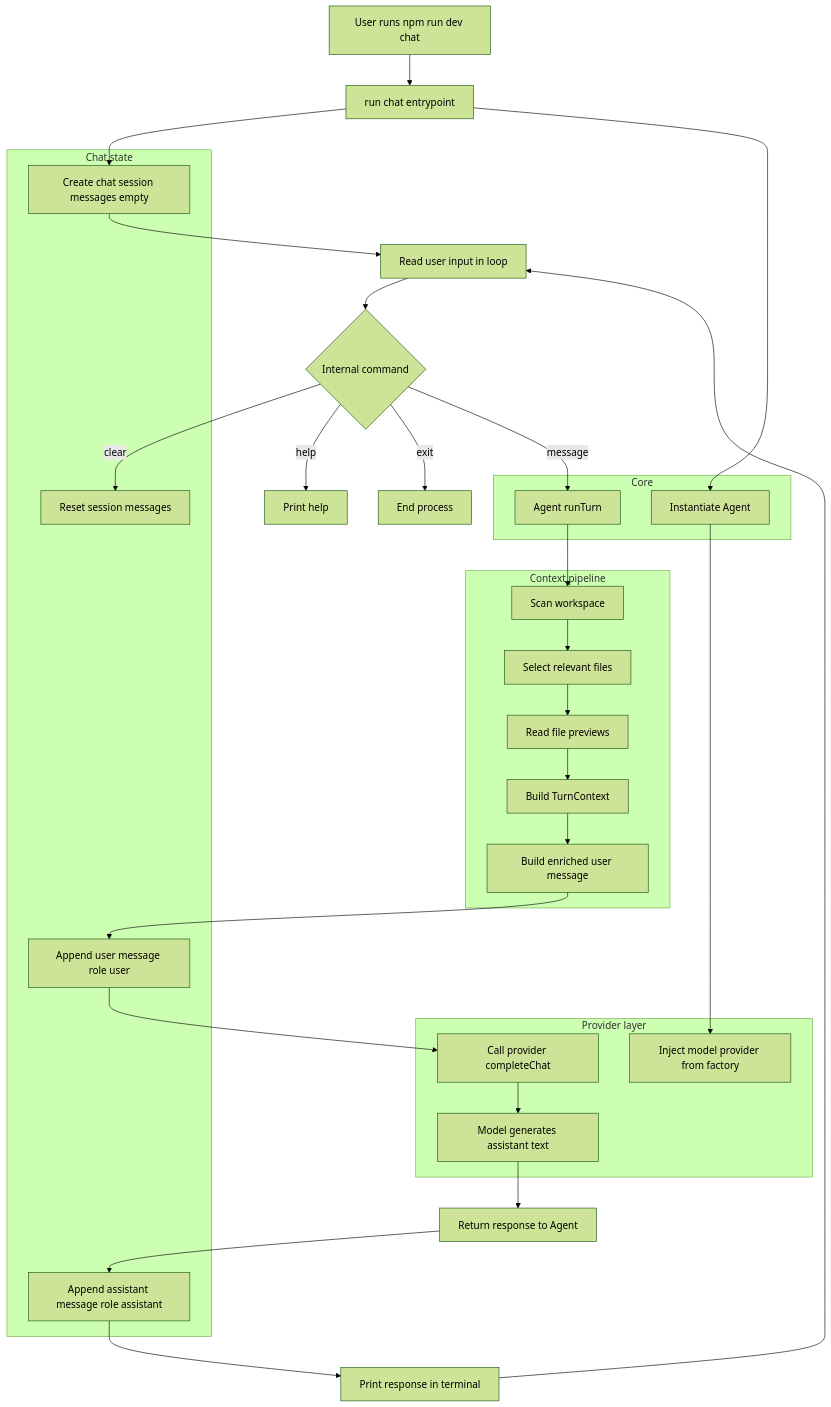
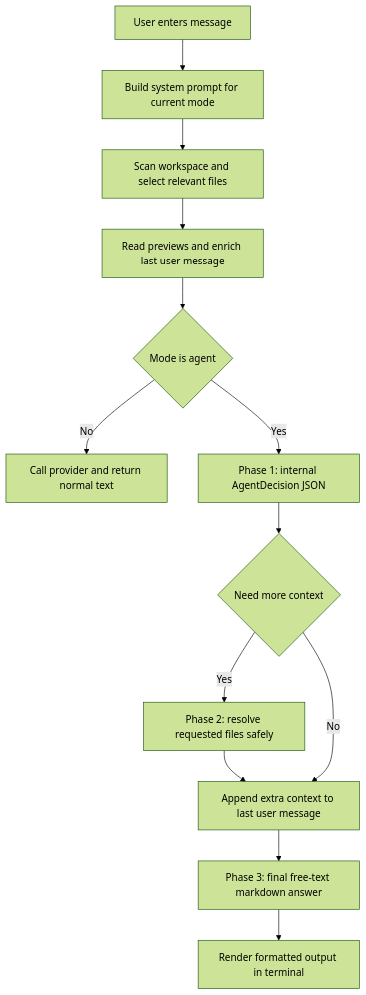
One commit to lucasaguilar/rei changed the diagram in README.md. Above: the diagram before and after it, drawn with Mermaid (forest theme). The commit also changed other lines of this file, not shown here.

````diff
--- a/README.md
+++ b/README.md
@@ -243,53 +342,15 @@
 ```mermaid
 flowchart TD
-  A[User runs npm run dev chat] --> B[run chat entrypoint]
-  B --> C[Create chat session messages empty]
-    B --> D[Instantiate Agent]
-  D --> E[Inject model provider from factory]
-
-    C --> F[Read user input in loop]
-  F --> G{Internal command}
-  G -->|help| H[Print help]
-  G -->|clear| I[Reset session messages]
-  G -->|exit| J[End process]
-  G -->|message| K[Agent runTurn]
-
-  K --> SC[Scan workspace]
-  SC --> FS[Select relevant files]
-  FS --> FP[Read file previews]
-  FP --> CB[Build TurnContext]
-  CB --> EM[Build enriched user message]
-  EM --> L[Append user message role user]
-  L --> M[Call provider completeChat]
-    M --> N[Model generates assistant text]
-    N --> O[Return response to Agent]
-  O --> P[Append assistant message role assistant]
-    P --> Q[Print response in terminal]
-    Q --> F
-
-    subgraph Core
-      D
-      K
-    end
-
-    subgraph Context pipeline
-      SC
-      FS
-      FP
-      CB
-      EM
-    end
-
-    subgraph Provider layer
-      E
-      M
-      N
-    end
-
-    subgraph Chat state
-      C
-      L
-      P
-      I
-    end
+  A[User enters message] --> B[Build system prompt for current mode]
+  B --> C[Scan workspace and select relevant files]
+  C --> D[Read previews and enrich last user message]
+  D --> E{Mode is agent}
+  E -->|No| F[Call provider and return normal text]
+  E -->|Yes| G[Phase 1: internal AgentDecision JSON]
+  G --> H{Need more context}
+  H -->|Yes| I[Phase 2: resolve requested files safely]
+  I --> J[Append extra context to last user message]
+  H -->|No| J
+  J --> K[Phase 3: final free-text markdown answer]
+  K --> L[Render formatted output in terminal]
 ```
````
